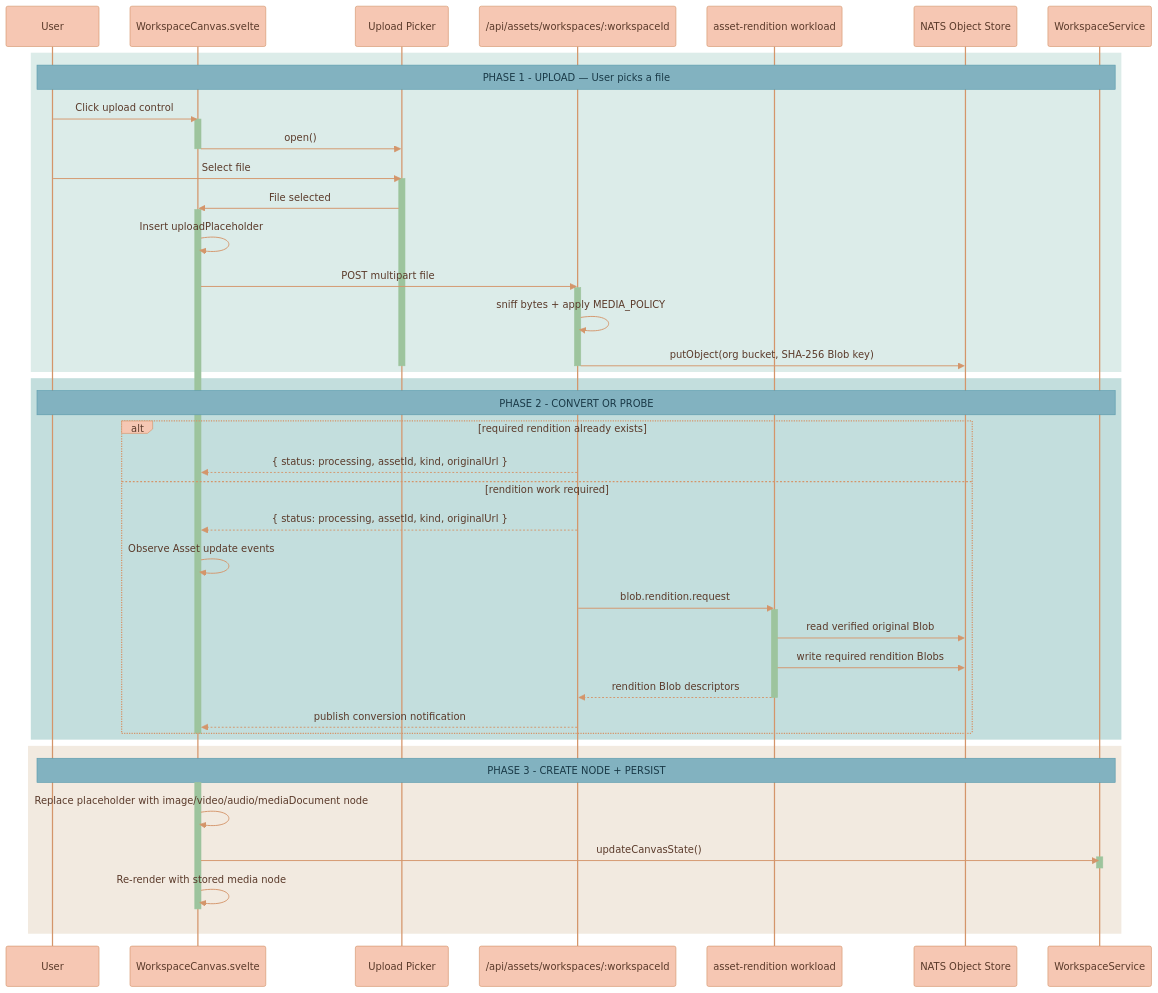
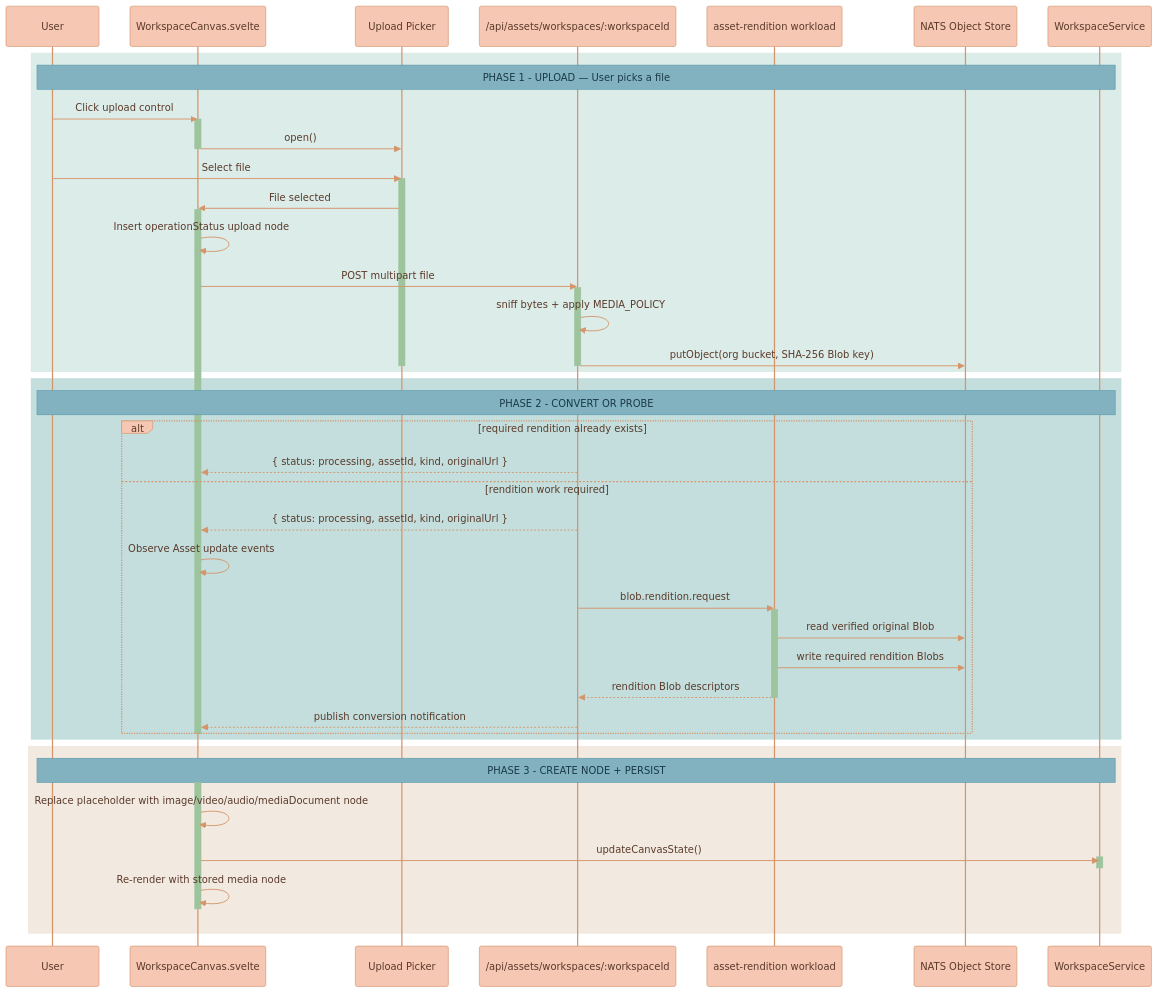
Before and after one commit to Lixpi/lixpi: the third of 6 diagrams in documentation/canvas/USER-FLOWS.md, drawn with Mermaid. The commit also changed other lines of this file and 142 other files, not shown here.

````diff
--- a/documentation/canvas/USER-FLOWS.md
+++ b/documentation/canvas/USER-FLOWS.md
@@ -117,67 +117,67 @@
 ```mermaid
 %%{init: {'theme': 'base', 'themeVariables': { 'noteBkgColor': '#82B2C0', 'noteTextColor': '#1a3a47', 'noteBorderColor': '#5a9aad', 'actorBkg': '#F6C7B3', 'actorBorder': '#d4956a', 'actorTextColor': '#5a3a2a', 'actorLineColor': '#d4956a', 'signalColor': '#d4956a', 'signalTextColor': '#5a3a2a', 'labelBoxBkgColor': '#F6C7B3', 'labelBoxBorderColor': '#d4956a', 'labelTextColor': '#5a3a2a', 'loopTextColor': '#5a3a2a', 'activationBorderColor': '#9DC49D', 'activationBkgColor': '#9DC49D', 'sequenceNumberColor': '#5a3a2a'}}}%%
 sequenceDiagram
     participant User
     participant Svelte as WorkspaceCanvas.svelte
     participant Picker as Upload Picker
     participant API as /api/assets/workspaces/:workspaceId
     participant NEX as asset-rendition workload
     participant ObjStore as NATS Object Store
     participant WSvc as WorkspaceService
     %% ═══════════════════════════════════════════════════════════════
     %% PHASE 1: UPLOAD
     %% ═══════════════════════════════════════════════════════════════
     rect rgb(220, 236, 233)
         Note over User, WSvc: PHASE 1 - UPLOAD — User picks a file
         User->>Svelte: Click upload control
         activate Svelte
         Svelte->>Picker: open()
         deactivate Svelte
         User->>Picker: Select file
         activate Picker
         Picker->>Svelte: File selected
         activate Svelte
-        Svelte->>Svelte: Insert uploadPlaceholder
+        Svelte->>Svelte: Insert operationStatus upload node
         Svelte->>API: POST multipart file
         activate API
         API->>API: sniff bytes + apply MEDIA_POLICY
         API->>ObjStore: putObject(org bucket, SHA-256 Blob key)
         deactivate API
         deactivate Picker
     end
 
     %% ═══════════════════════════════════════════════════════════════
     %% PHASE 2: CREATE NODE
     %% ═══════════════════════════════════════════════════════════════
     rect rgb(195, 222, 221)
         Note over User, WSvc: PHASE 2 - CONVERT OR PROBE
         alt required rendition already exists
             API-->>Svelte: { status: processing, assetId, kind, originalUrl }
         else rendition work required
             API-->>Svelte: { status: processing, assetId, kind, originalUrl }
             Svelte->>Svelte: Observe Asset update events
             API->>NEX: blob.rendition.request
             activate NEX
             NEX->>ObjStore: read verified original Blob
             NEX->>ObjStore: write required rendition Blobs
             NEX-->>API: rendition Blob descriptors
             deactivate NEX
             API-->>Svelte: publish conversion notification
         end
         deactivate Svelte
     end
 
     %% ═══════════════════════════════════════════════════════════════
     %% PHASE 3: PERSIST
     %% ═══════════════════════════════════════════════════════════════
     rect rgb(242, 234, 224)
         Note over User, WSvc: PHASE 3 - CREATE NODE + PERSIST
         activate Svelte
         Svelte->>Svelte: Replace placeholder with image/video/audio/mediaDocument node
         Svelte->>WSvc: updateCanvasState()
         activate WSvc
         deactivate WSvc
         Svelte->>Svelte: Re-render with stored media node
         deactivate Svelte
     end
 ```
````
